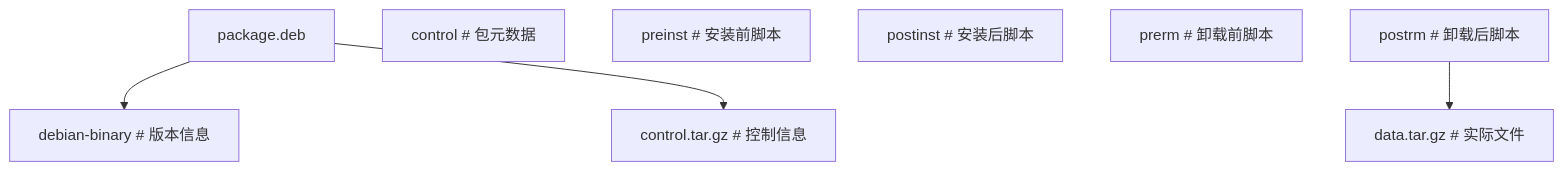
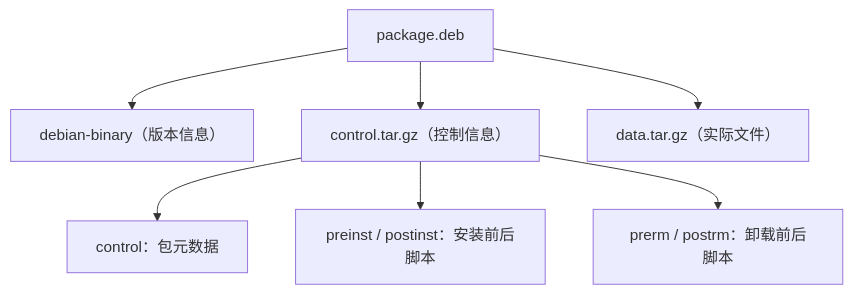
Before and after one commit to fanquanpp/FANDEX: the second of 3 diagrams in cnt-content/full/024-devops/030-PackageManagementRepository.md, drawn with Mermaid. The commit also changed other lines of this file and 1501 other files, not shown here.

````diff
--- a/cnt-content/full/024-devops/030-PackageManagementRepository.md
+++ b/cnt-content/full/024-devops/030-PackageManagementRepository.md
@@ -136,15 +155,16 @@
 ```mermaid
 flowchart TD
     T0["package.deb"]
-    T1["debian-binary        # 版本信息"]
-    T2["control.tar.gz       # 控制信息"]
-    T3["control          # 包元数据"]
-    T4["preinst          # 安装前脚本"]
-    T5["postinst         # 安装后脚本"]
-    T6["prerm            # 卸载前脚本"]
-    T7["postrm           # 卸载后脚本"]
-    T8["data.tar.gz          # 实际文件"]
+    T1["debian-binary（版本信息）"]
+    T2["control.tar.gz（控制信息）"]
+    T3["control：包元数据"]
+    T4["preinst / postinst：安装前后脚本"]
+    T5["prerm / postrm：卸载前后脚本"]
+    T6["data.tar.gz（实际文件）"]
     T0 --> T1
     T0 --> T2
-    T7 --> T8
+    T0 --> T6
+    T2 --> T3
+    T2 --> T4
+    T2 --> T5
 ```
````
